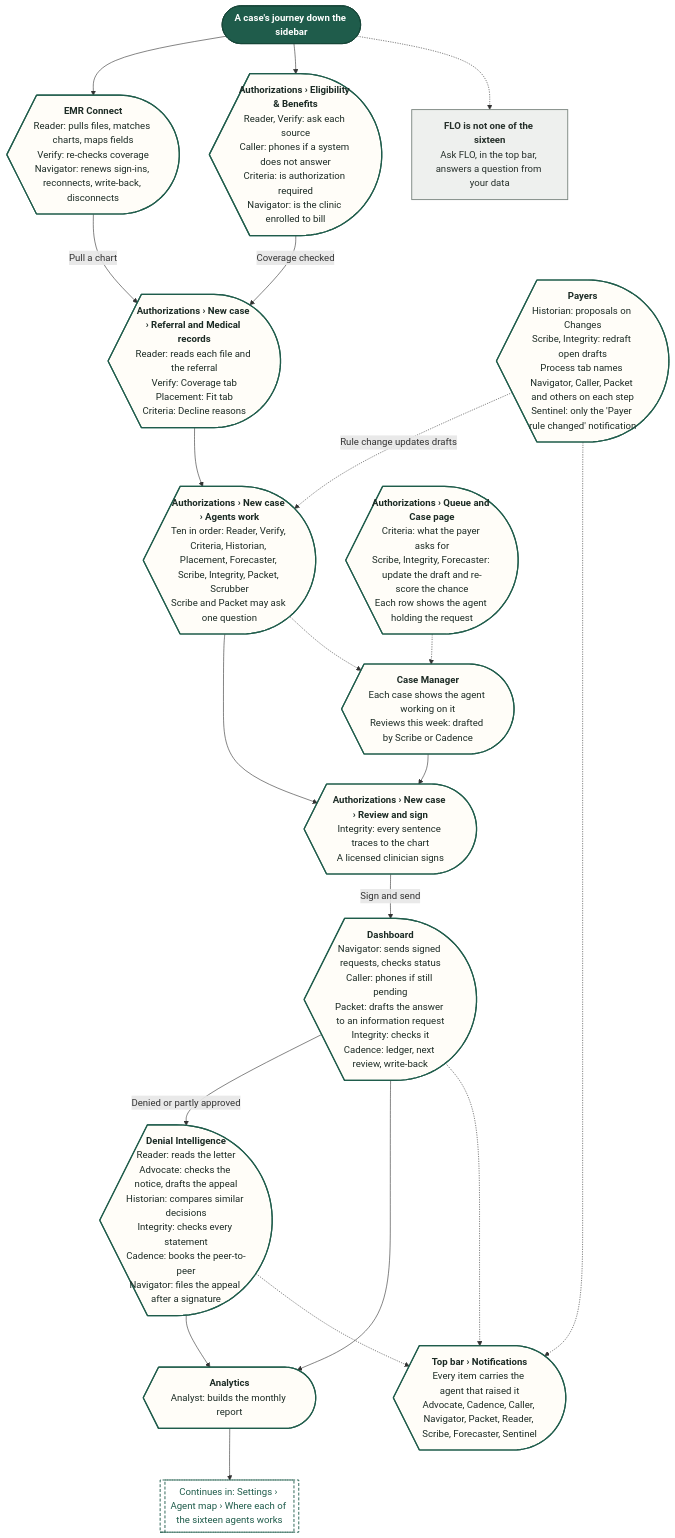
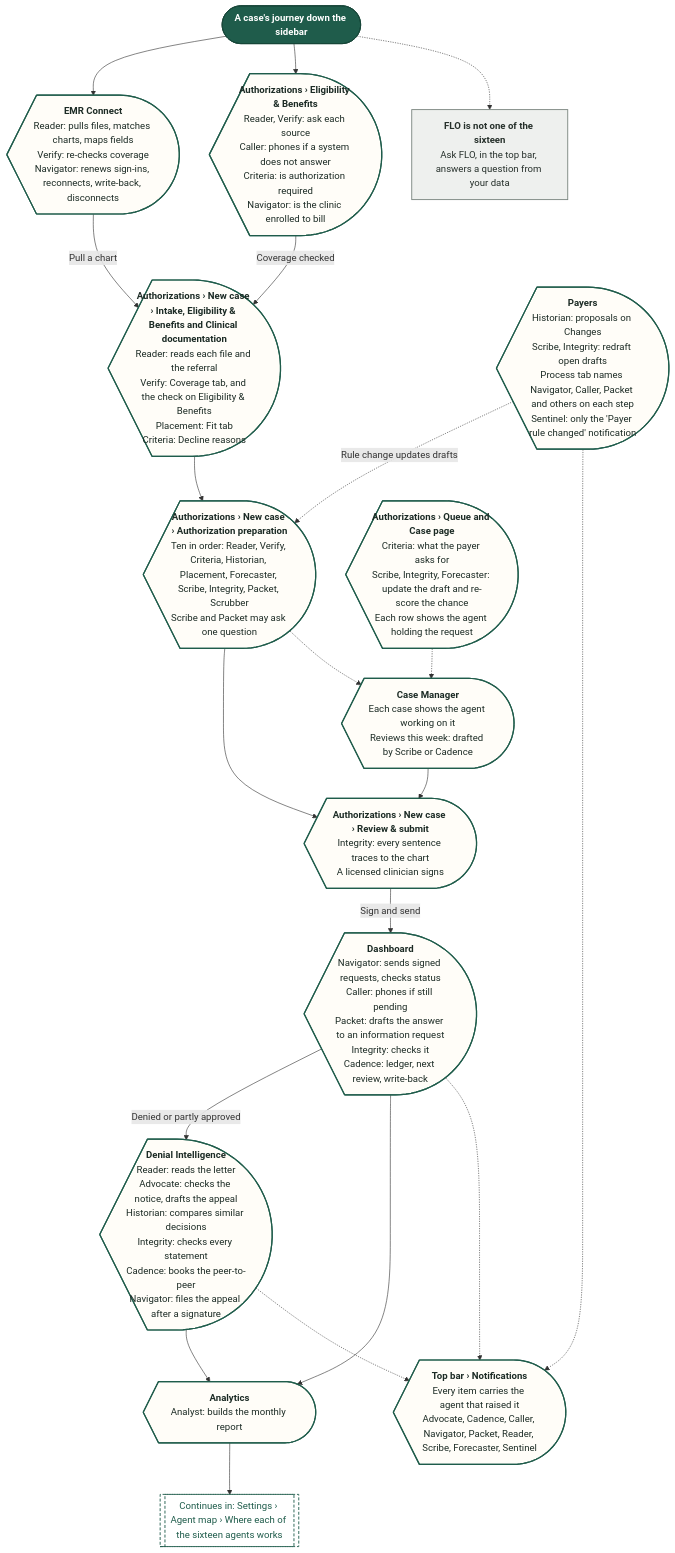
Before and after one commit to Shrav143/psyfloapp: the ninth of 11 diagrams in demos/prior-auth-demo/workflows/out/md/11-settings.md, drawn with Mermaid. The commit also changed other lines of this file and 251 other files, not shown here.

First line of the commit message:
docs: rebuild the workflow diagrams (291) for round 4

````diff
--- a/demos/prior-auth-demo/workflows/out/md/11-settings.md
+++ b/demos/prior-auth-demo/workflows/out/md/11-settings.md
@@ -683,56 +686,56 @@
 ```mermaid
 %%{init: {"theme":"base","themeVariables":{"fontFamily":"'DM Sans', 'Segoe UI', system-ui, sans-serif","fontSize":"15px","lineColor":"#5B6B63","primaryTextColor":"#1C2B25","clusterBkg":"#FBF8F3","clusterBorder":"#D9CDBB","edgeLabelBackground":"#FFFFFF"},"flowchart":{"curve":"basis","nodeSpacing":36,"rankSpacing":48,"padding":12,"htmlLabels":true,"useMaxWidth":false,"wrappingWidth":230}} }%%
 flowchart TD
   classDef k_start fill:#1F5C4B,stroke:#174638,color:#FFFFFF,stroke-width:1.5px,font-weight:600
   classDef k_end fill:#DDEFE3,stroke:#2E7D4F,color:#14502F,stroke-width:1.5px,font-weight:600
   classDef k_endx fill:#FBE3E0,stroke:#C0392B,color:#7A1F16,stroke-width:1.5px,font-weight:600
   classDef k_screen fill:#FFFDF8,stroke:#1F5C4B,color:#1C2B25,stroke-width:2px
   classDef k_overlay fill:#F1F7F3,stroke:#1F5C4B,color:#1C2B25,stroke-width:2px,stroke-dasharray:5 3
   classDef k_click fill:#DCEBFA,stroke:#2F6DB5,color:#12365F,stroke-width:1.5px
   classDef k_input fill:#E4E7FF,stroke:#4C5FD5,color:#1D2670,stroke-width:1.5px
   classDef k_process fill:#EEF0EE,stroke:#7A857F,color:#26302B,stroke-width:1.5px
   classDef k_agent fill:#EEE5FA,stroke:#7A4FC2,color:#341A63,stroke-width:1.5px
   classDef k_decision fill:#FFF0CC,stroke:#D9962B,color:#5C3B00,stroke-width:1.5px
   classDef k_store fill:#D5F0EA,stroke:#1C8E7B,color:#0B4A3F,stroke-width:1.5px
   classDef k_doc fill:#F6E9DC,stroke:#B07A4C,color:#4A2E14,stroke-width:1.5px
   classDef k_ext fill:#FFE6D2,stroke:#E07B39,color:#6B2F06,stroke-width:1.5px
   classDef k_wait fill:#E4E8EE,stroke:#6B7C93,color:#26303D,stroke-width:1.5px
   classDef k_toast fill:#FFF9DB,stroke:#C9A400,color:#5A4A00,stroke-width:1.5px
   classDef k_goto fill:#FFFFFF,stroke:#1F5C4B,color:#1F5C4B,stroke-width:1.5px,stroke-dasharray:5 3
   s1@{ shape: stadium, label: "A case's journey down the sidebar" }
   flo@{ shape: rect, label: "<b>FLO is not one of the sixteen</b><br/>Ask FLO, in the top bar, answers a question from your data" }
   emr@{ shape: curv-trap, label: "<b>EMR Connect</b><br/>Reader: pulls files, matches charts, maps fields<br/>Verify: re-checks coverage<br/>Navigator: renews sign-ins, reconnects, write-back, disconnects" }
   elig@{ shape: curv-trap, label: "<b>Authorizations › Eligibility & Benefits</b><br/>Reader, Verify: ask each source<br/>Caller: phones if a system does not answer<br/>Criteria: is authorization required<br/>Navigator: is the clinic enrolled to bill" }
-  ref@{ shape: curv-trap, label: "<b>Authorizations › New case › Referral and Medical records</b><br/>Reader: reads each file and the referral<br/>Verify: Coverage tab<br/>Placement: Fit tab<br/>Criteria: Decline reasons" }
-  run@{ shape: curv-trap, label: "<b>Authorizations › New case › Agents work</b><br/>Ten in order: Reader, Verify, Criteria, Historian, Placement, Forecaster, Scribe, Integrity, Packet, Scrubber<br/>Scribe and Packet may ask one question" }
-  sign@{ shape: curv-trap, label: "<b>Authorizations › New case › Review and sign</b><br/>Integrity: every sentence traces to the chart<br/>A licensed clinician signs" }
+  ref@{ shape: curv-trap, label: "<b>Authorizations › New case › Intake, Eligibility & Benefits and Clinical documentation</b><br/>Reader: reads each file and the referral<br/>Verify: Coverage tab, and the check on Eligibility & Benefits<br/>Placement: Fit tab<br/>Criteria: Decline reasons" }
+  run@{ shape: curv-trap, label: "<b>Authorizations › New case › Authorization preparation</b><br/>Ten in order: Reader, Verify, Criteria, Historian, Placement, Forecaster, Scribe, Integrity, Packet, Scrubber<br/>Scribe and Packet may ask one question" }
+  sign@{ shape: curv-trap, label: "<b>Authorizations › New case › Review & submit</b><br/>Integrity: every sentence traces to the chart<br/>A licensed clinician signs" }
   auth@{ shape: curv-trap, label: "<b>Authorizations › Queue and Case page</b><br/>Criteria: what the payer asks for<br/>Scribe, Integrity, Forecaster: update the draft and re-score the chance<br/>Each row shows the agent holding the request" }
   mgr@{ shape: curv-trap, label: "<b>Case Manager</b><br/>Each case shows the agent working on it<br/>Reviews this week: drafted by Scribe or Cadence" }
   dash@{ shape: curv-trap, label: "<b>Dashboard</b><br/>Navigator: sends signed requests, checks status<br/>Caller: phones if still pending<br/>Packet: drafts the answer to an information request<br/>Integrity: checks it<br/>Cadence: ledger, next review, write-back" }
   den@{ shape: curv-trap, label: "<b>Denial Intelligence</b><br/>Reader: reads the letter<br/>Advocate: checks the notice, drafts the appeal<br/>Historian: compares similar decisions<br/>Integrity: checks every statement<br/>Cadence: books the peer-to-peer<br/>Navigator: files the appeal after a signature" }
   pay@{ shape: curv-trap, label: "<b>Payers</b><br/>Historian: proposals on Changes<br/>Scribe, Integrity: redraft open drafts<br/>Process tab names Navigator, Caller, Packet and others on each step<br/>Sentinel: only the 'Payer rule changed' notification" }
   note@{ shape: curv-trap, label: "<b>Top bar › Notifications</b><br/>Every item carries the agent that raised it<br/>Advocate, Cadence, Caller, Navigator, Packet, Reader, Scribe, Forecaster, Sentinel" }
   ana@{ shape: curv-trap, label: "<b>Analytics</b><br/>Analyst: builds the monthly report" }
   g1@{ shape: subproc, label: "Continues in: Settings › Agent map › Where each of the sixteen agents works" }
   s1 --> emr & elig
   s1 -.-> flo
   emr -->|"Pull a chart"| ref
   elig -->|"Coverage checked"| ref
   ref --> run --> sign
   sign -->|"Sign and send"| dash
   run -.-> mgr
   auth -.-> mgr
   mgr --> sign
   dash -->|"Denied or partly approved"| den
   pay -.->|"Rule change updates drafts"| run
   dash --> ana
   den --> ana
   dash -.-> note
   den -.-> note
   pay -.-> note
   ana --> g1
   class s1 k_start
   class flo k_process
   class emr,elig,ref,run,sign,auth,mgr,dash,den,pay,note,ana k_screen
   class g1 k_goto
 ```
````
